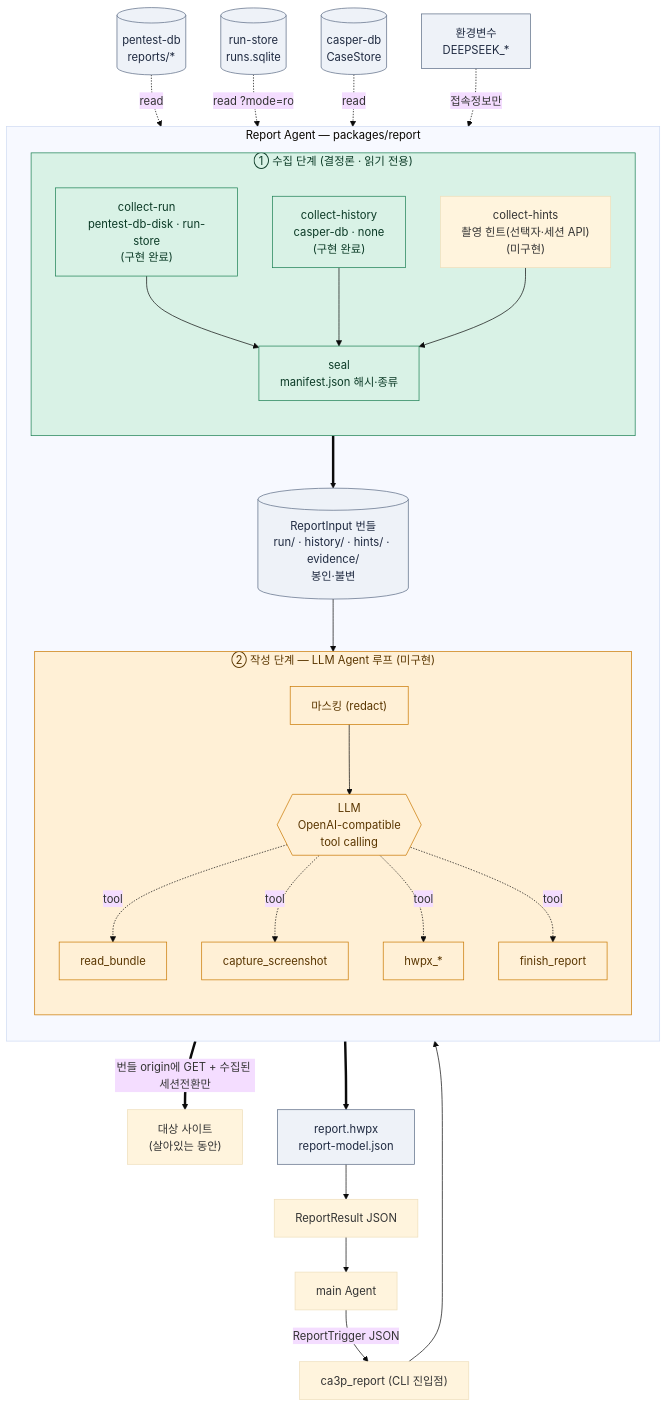
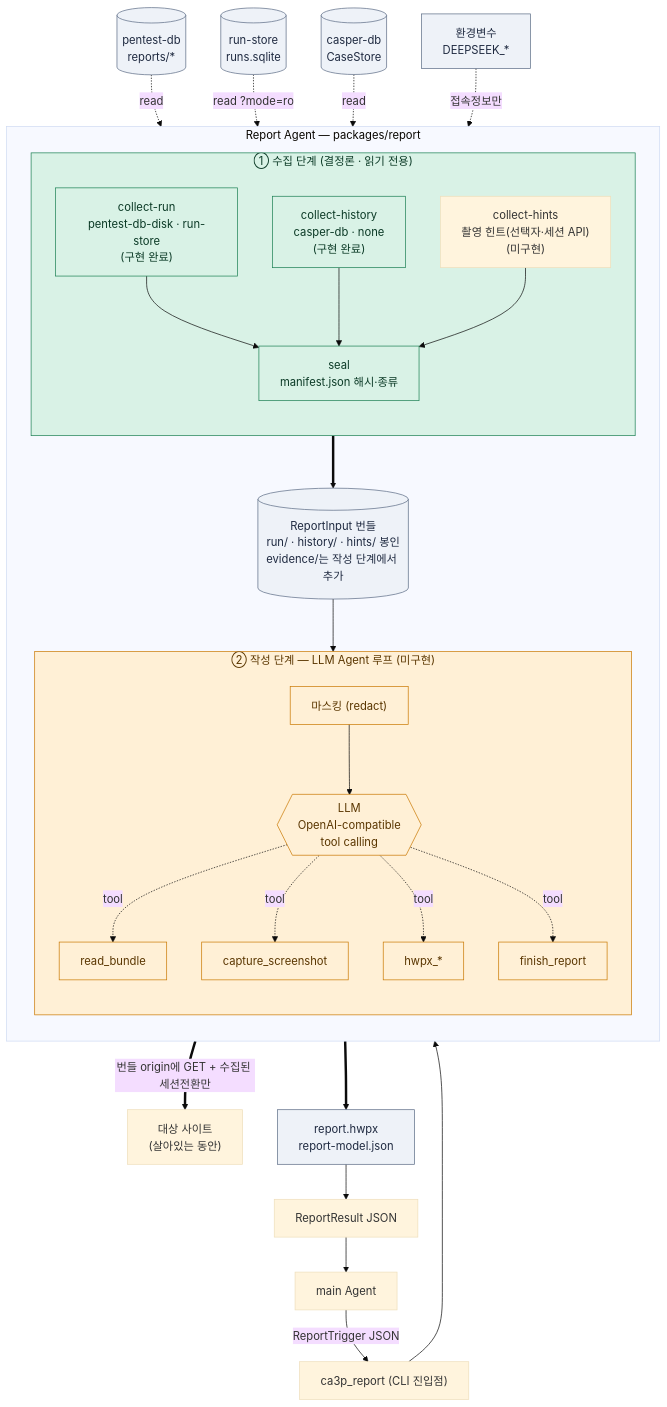
One commit to typemnm/FSL-CA3P changed the diagram in packages/report/ARCHITECTURE.md. Above: the diagram before and after it, drawn with Mermaid (base theme). The commit also changed other lines of this file and 1 other file, not shown here.

First line of the commit message:
docs(report): clean up stale wording after the verifier removal

````diff
--- a/packages/report/ARCHITECTURE.md
+++ b/packages/report/ARCHITECTURE.md
@@ -14,51 +14,51 @@
 ```mermaid
 flowchart TB
     MAIN["main Agent"] -->|ReportTrigger JSON| CLI["ca3p_report (CLI 진입점)"]
 
     subgraph AGENT["Report Agent — packages/report"]
         direction TB
 
         subgraph COLLECT["① 수집 단계 (결정론 · 읽기 전용)"]
             direction TB
             CR["collect-run<br/>pentest-db-disk · run-store<br/>(구현 완료)"]
             CH["collect-history<br/>casper-db · none<br/>(구현 완료)"]
             HINT["collect-hints<br/>촬영 힌트(선택자·세션 API)<br/>(미구현)"]
             SEAL["seal<br/>manifest.json 해시·종류"]
             CR --> SEAL
             CH --> SEAL
             HINT --> SEAL
         end
 
-        SEAL ==> BUNDLE[("ReportInput 번들<br/>run/ · history/ · hints/ · evidence/<br/>봉인·불변")]
+        SEAL ==> BUNDLE[("ReportInput 번들<br/>run/ · history/ · hints/ 봉인<br/>evidence/는 작성 단계에서 추가")]
 
         subgraph BUILD["② 작성 단계 — LLM Agent 루프 (미구현)"]
             direction TB
             REDACT["마스킹 (redact)"] --> LLM{{"LLM<br/>OpenAI-compatible<br/>tool calling"}}
             LLM -.tool.-> T1["read_bundle"]
             LLM -.tool.-> T2["capture_screenshot"]
             LLM -.tool.-> T3["hwpx_*"]
             LLM -.tool.-> T4["finish_report"]
         end
 
         BUNDLE --> REDACT
     end
 
     CLI --> COLLECT
     T2 ==>|번들 origin에 GET + 수집된 세션전환만| TARGET["대상 사이트<br/>(살아있는 동안)"]
     T4 ==> OUT["report.hwpx<br/>report-model.json"]
     OUT --> RESULT["ReportResult JSON"]
     RESULT --> MAIN
 
     %% 외부 데이터 소스 (읽기 전용)
     PDB[("pentest-db<br/>reports/*")] -.->|read| CR
     RS[("run-store<br/>runs.sqlite")] -.->|read ?mode=ro| CR
     CDB[("casper-db<br/>CaseStore")] -.->|read| CH
     ENV["환경변수<br/>DEEPSEEK_*"] -.->|접속정보만| LLM
 
     classDef done fill:#d9f2e6,stroke:#1a7f52,color:#0b3a26;
     classDef todo fill:#fff0d6,stroke:#c97800,color:#5a3600;
     classDef data fill:#eef2f8,stroke:#5b6b85,color:#1f2a40;
     class COLLECT,CR,CH,SEAL done;
     class BUILD,REDACT,LLM,T1,T2,T3,T4 todo;
     class BUNDLE,PDB,RS,CDB,ENV,OUT data;
 ```
````
